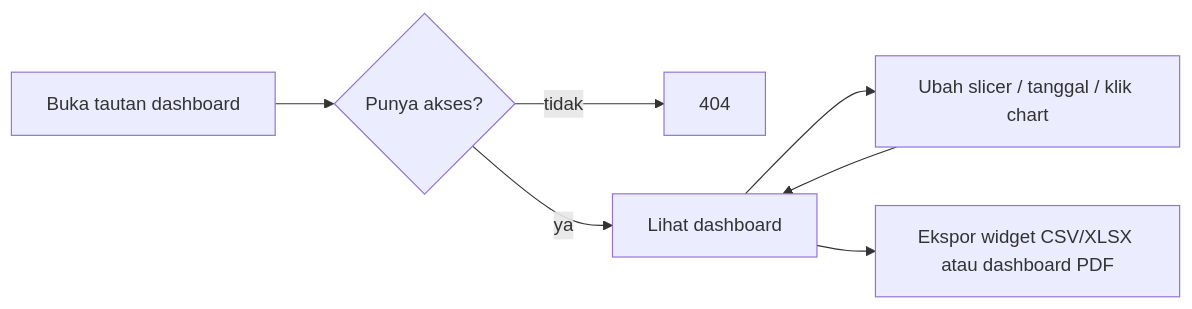
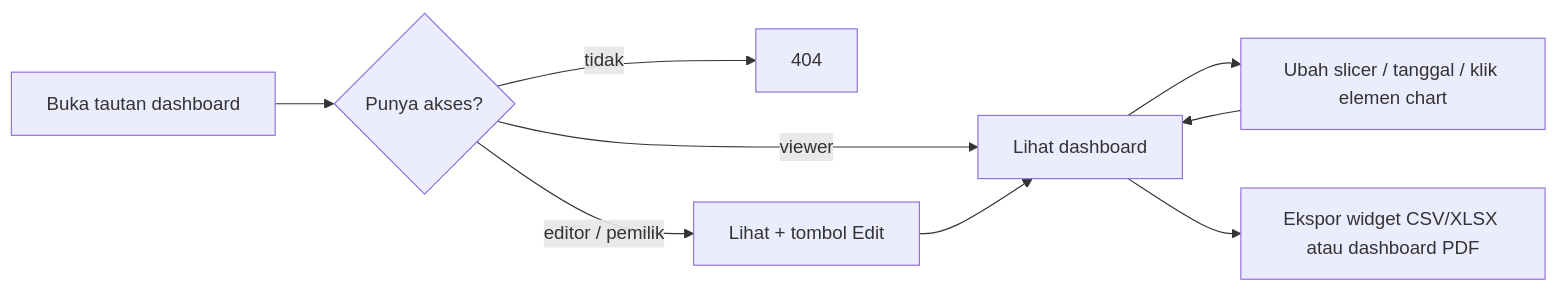
The third of 9 diagrams in docs/flow-kerja.md (anas-fikri/data-dashboard), drawn with Mermaid before and after one commit. The commit also changed other lines of this file and 10 other files, not shown here.

Commit message:
docs: revisi 2 flow kerja — koreksi refresh, validasi CSV, raw+typed Parquet, cache per versi; tambah T-018 admin pengguna

````diff
--- a/docs/flow-kerja.md
+++ b/docs/flow-kerja.md
@@ -49,9 +68,11 @@
 ```mermaid
 flowchart LR
-  O[Buka tautan dashboard] --> A{Punya akses?}
-  A -->|tidak| N[404]
-  A -->|ya| VW[Lihat dashboard]
-  VW --> FI[Ubah slicer / tanggal / klik chart]
+  O["Buka tautan dashboard"] --> A{"Punya akses?"}
+  A -->|tidak| N["404"]
+  A -->|viewer| VW["Lihat dashboard"]
+  A -->|editor / pemilik| ED["Lihat + tombol Edit"]
+  VW --> FI["Ubah slicer / tanggal / klik elemen chart"]
   FI --> VW
-  VW --> EX[Ekspor widget CSV/XLSX atau dashboard PDF]
+  VW --> EX["Ekspor widget CSV/XLSX atau dashboard PDF"]
+  ED --> VW
 ```
````
